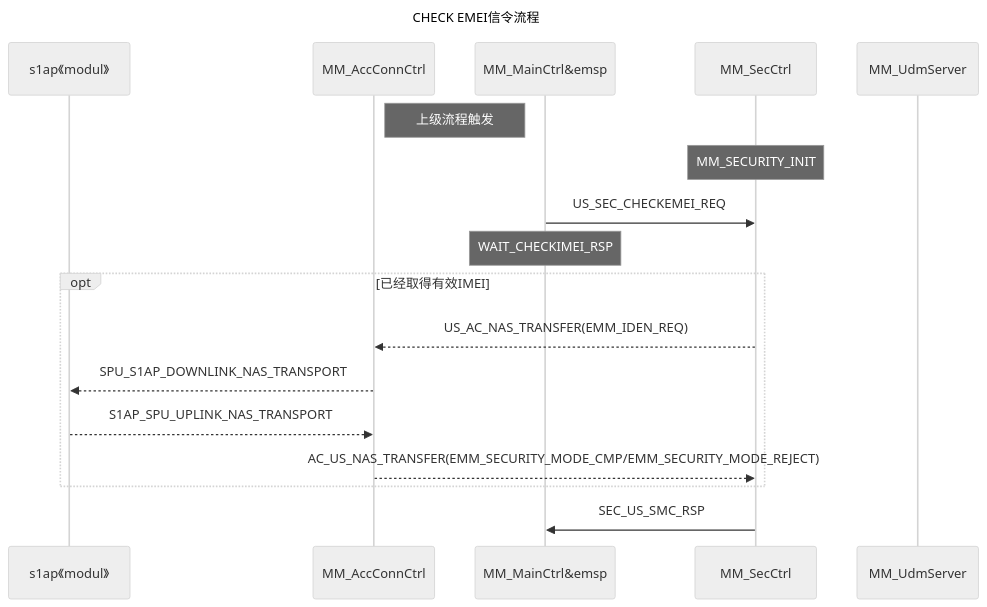
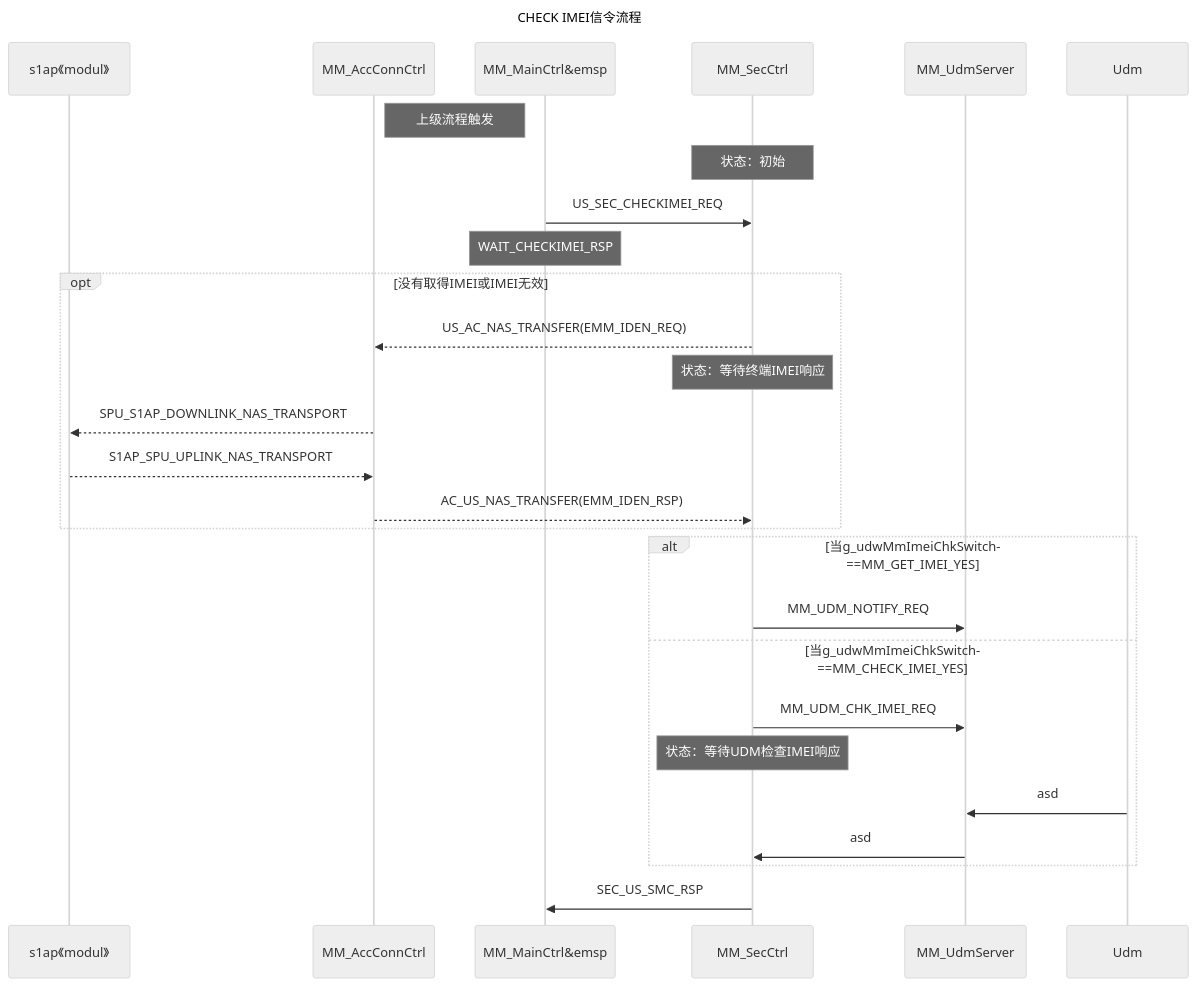
The third of 3 diagrams in 4G/SMC与CHECK EMEI.md (liao20081228/blog), drawn with Mermaid (neutral theme) before and after one commit. The commit also changed other lines of this file, not shown here.

Commit message:
更新文件 /4G/SMC与CHECK EMEI.md

````diff
--- a/4G/SMC与CHECK EMEI.md
+++ b/4G/SMC与CHECK EMEI.md
@@ -89,22 +89,36 @@
 ```mermaid!
 sequenceDiagram
 
-title: CHECK EMEI信令流程
+title: CHECK IMEI信令流程
 participant s1 as s1ap《modul》
 participant A as MM_AccConnCtrl
 participant M as MM_MainCtrl&emsp;
 participant S as MM_SecCtrl
-participant U as MM_UdmServer
-
+participant US as MM_UdmServer
+participant U as Udm
 note left of M: 上级流程触发
-note over S: MM_SECURITY_INIT
-M->>S:US_SEC_CHECKEMEI_REQ
+note over S: 状态：初始
+M->>S:US_SEC_CHECKIMEI_REQ
 note over M:WAIT_CHECKIMEI_RSP
-opt 已经取得有效IMEI
+opt 没有取得IMEI或IMEI无效
 S-->>A:US_AC_NAS_TRANSFER(EMM_IDEN_REQ)
+note over S:状态：等待终端IMEI响应
 A-->>s1:SPU_S1AP_DOWNLINK_NAS_TRANSPORT
 s1-->>A:S1AP_SPU_UPLINK_NAS_TRANSPORT
-A-->>S:AC_US_NAS_TRANSFER(EMM_SECURITY_MODE_CMP/EMM_SECURITY_MODE_REJECT)
+A-->>S:AC_US_NAS_TRANSFER(EMM_IDEN_RSP)
 end
+
+alt 当g_udwMmImeiChkSwitch==MM_GET_IMEI_YES
+S->>US:MM_UDM_NOTIFY_REQ
+
+else 当g_udwMmImeiChkSwitch==MM_CHECK_IMEI_YES
+S->>US:MM_UDM_CHK_IMEI_REQ
+note over S:状态：等待UDM检查IMEI响应
+U->>US:asd
+US->>S:asd
+end
+
 S->>M:SEC_US_SMC_RSP
+
+
 ```
````
